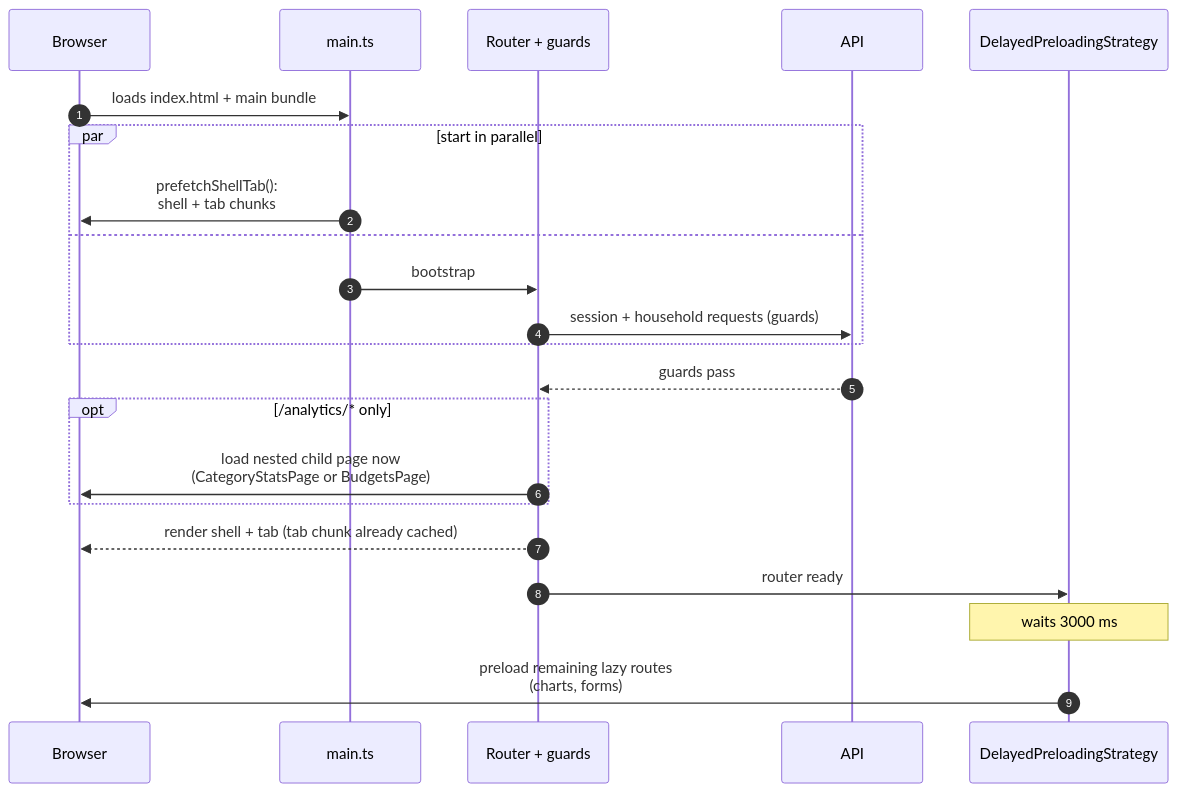
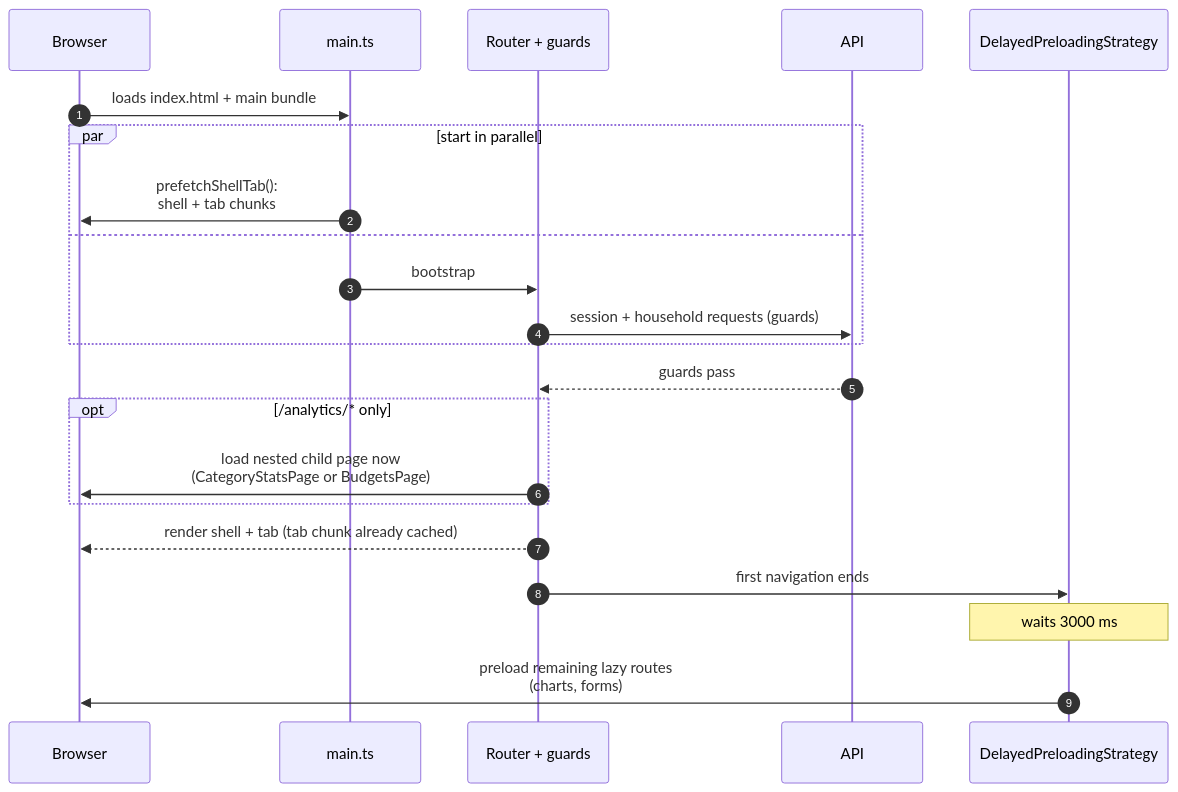
The diagram in docs/arc42/diagrams/08_route_loading.mmd (RomanL1/finance-dashboard), drawn with Mermaid before and after one commit. The commit also changed 28 other files, not shown here.

```diff
--- a/docs/arc42/diagrams/08_route_loading.mmd
+++ b/docs/arc42/diagrams/08_route_loading.mmd
@@ -1,22 +1,22 @@
 sequenceDiagram
   autonumber
   participant B as Browser
   participant M as main.ts
   participant R as Router + guards
   participant API as API
   participant P as DelayedPreloadingStrategy
   B->>M: loads index.html + main bundle
   par start in parallel
     M->>B: prefetchShellTab():<br/>shell + tab chunks
   and
     M->>R: bootstrap
     R->>API: session + household requests (guards)
   end
   API-->>R: guards pass
   opt /analytics/* only
     R->>B: load nested child page now<br/>(CategoryStatsPage or BudgetsPage)
   end
   R-->>B: render shell + tab (tab chunk already cached)
-  R->>P: router ready
+  R->>P: first navigation ends
   Note over P: waits 3000 ms
   P->>B: preload remaining lazy routes<br/>(charts, forms)
```
